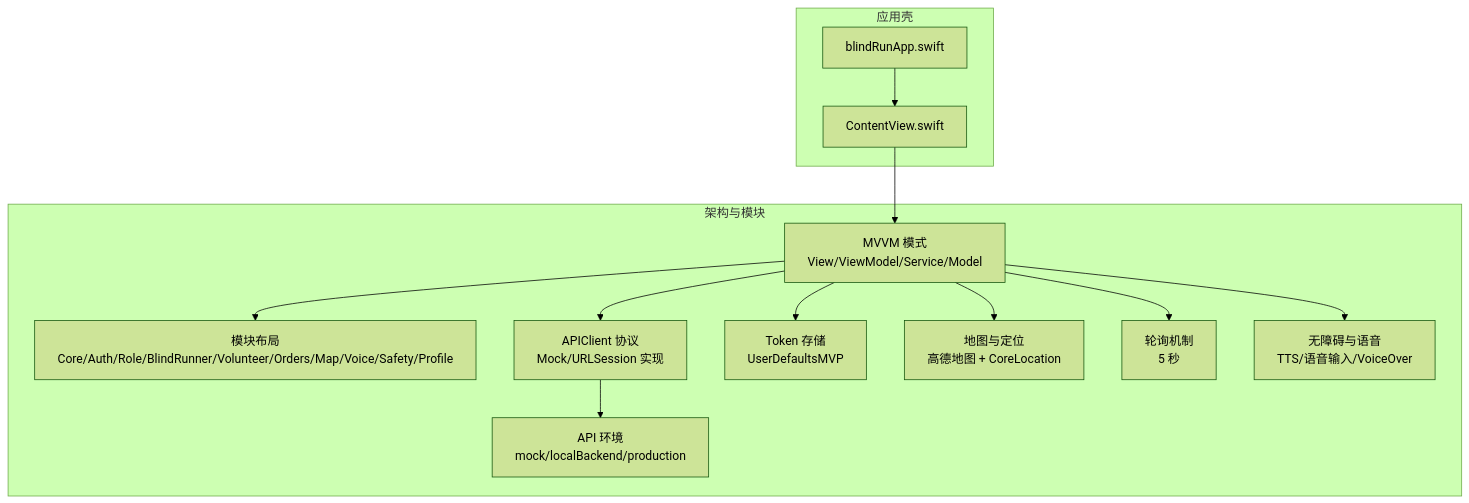
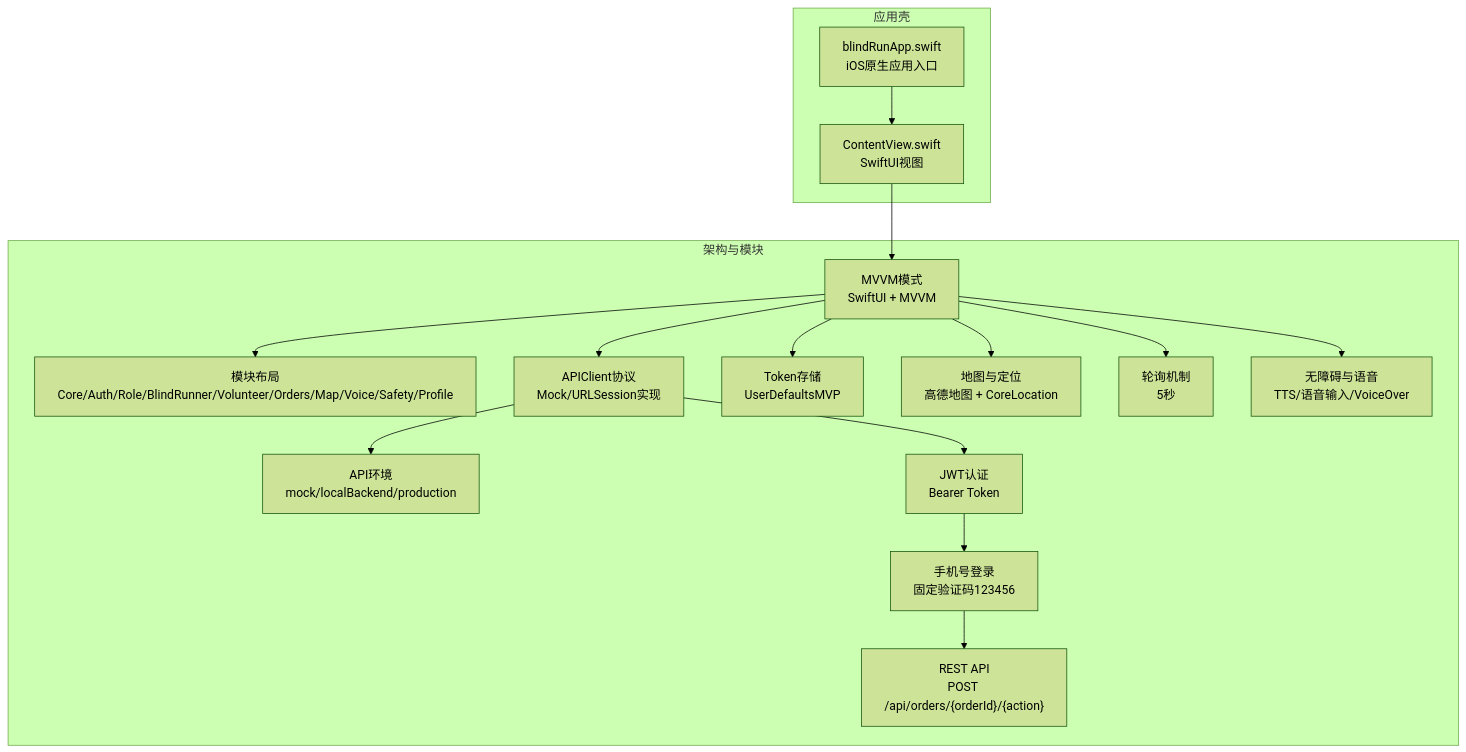
One commit to Jayden23018/blind-run-ios changed the second of 9 diagrams in .qoder/repowiki/zh/content/架构设计/架构设计.md. Above: the diagram before and after it, drawn with Mermaid (forest theme). The commit also changed other lines of this file and 10 other files, not shown here.

Commit message:
Refine AidRun MVP docs and project rules

````diff
--- a/.qoder/repowiki/zh/content/架构设计/架构设计.md
+++ b/.qoder/repowiki/zh/content/架构设计/架构设计.md
@@ -108,26 +134,32 @@
 ```mermaid
 graph TB
 subgraph "应用壳"
-App["blindRunApp.swift"]
-View["ContentView.swift"]
+App["blindRunApp.swift<br/>iOS原生应用入口"]
+View["ContentView.swift<br/>SwiftUI视图"]
 end
 subgraph "架构与模块"
-MVVM["MVVM 模式<br/>View/ViewModel/Service/Model"]
+MVVM["MVVM模式<br/>SwiftUI + MVVM"]
 Modules["模块布局<br/>Core/Auth/Role/BlindRunner/Volunteer/Orders/Map/Voice/Safety/Profile"]
-Env["API 环境<br/>mock/localBackend/production"]
-APIClient["APIClient 协议<br/>Mock/URLSession 实现"]
-Token["Token 存储<br/>UserDefaultsMVP"]
+Env["API环境<br/>mock/localBackend/production"]
+APIClient["APIClient协议<br/>Mock/URLSession实现"]
+Token["Token存储<br/>UserDefaultsMVP"]
 Map["地图与定位<br/>高德地图 + CoreLocation"]
-Poll["轮询机制<br/>5 秒"]
+Poll["轮询机制<br/>5秒"]
 Voice["无障碍与语音<br/>TTS/语音输入/VoiceOver"]
+JWT["JWT认证<br/>Bearer Token"]
+PhoneLogin["手机号登录<br/>固定验证码123456"]
+EndPoints["REST API<br/>POST /api/orders/{orderId}/{action}"]
 end
 App --> View
 View --> MVVM
 MVVM --> Modules
 MVVM --> APIClient
 MVVM --> Token
 MVVM --> Map
 MVVM --> Poll
 MVVM --> Voice
 APIClient --> Env
+APIClient --> JWT
+JWT --> PhoneLogin
+PhoneLogin --> EndPoints
 ```
````
